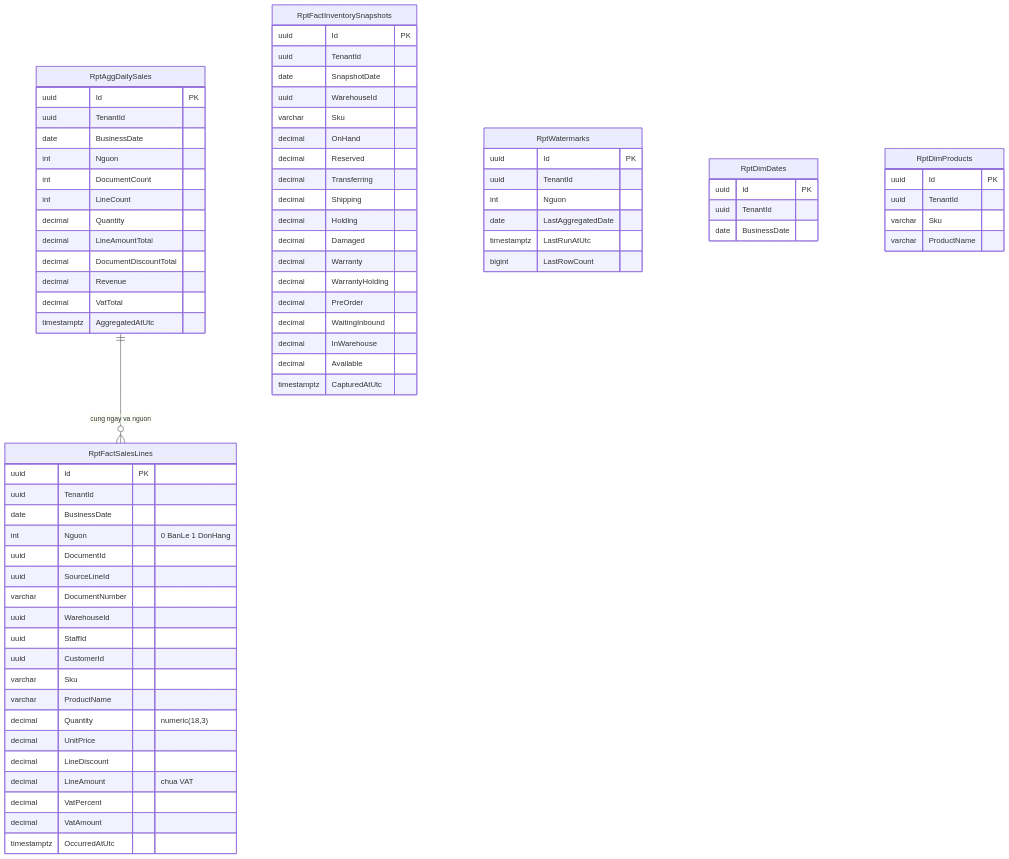
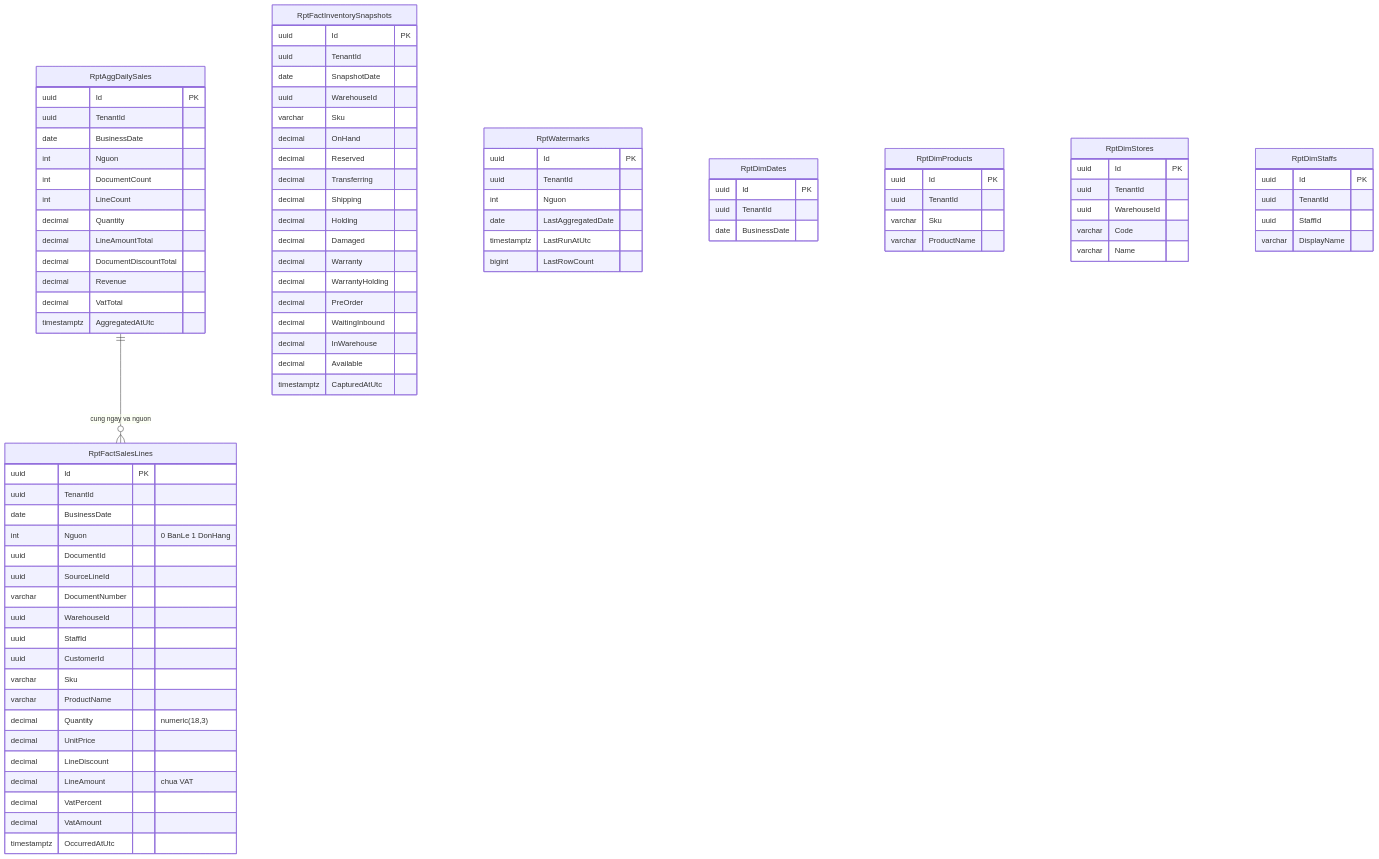
One commit to hungnt9801/eCommerce changed the seventh of 7 diagrams in docs/features/reporting/rep-001-read-model-job-tong-hop.md. Above: the diagram before and after it, drawn with Mermaid. The commit also changed other lines of this file and 2 other files, not shown here.

First line of the commit message:
docs(reporting): N89 - W26-2 SRS v0.4 dong bo arch/code + D-275

````diff
--- a/docs/features/reporting/rep-001-read-model-job-tong-hop.md
+++ b/docs/features/reporting/rep-001-read-model-job-tong-hop.md
@@ -389,5 +392,18 @@
         varchar Sku
         varchar ProductName
     }
+    RptDimStores {
+        uuid Id PK
+        uuid TenantId
+        uuid WarehouseId
+        varchar Code
+        varchar Name
+    }
+    RptDimStaffs {
+        uuid Id PK
+        uuid TenantId
+        uuid StaffId
+        varchar DisplayName
+    }
     RptAggDailySales ||--o{ RptFactSalesLines : "cung ngay va nguon"
 ```
````
